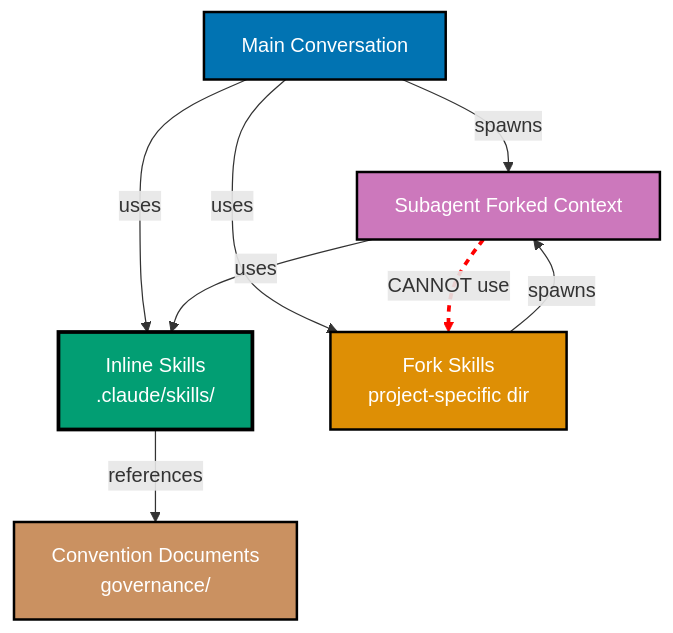
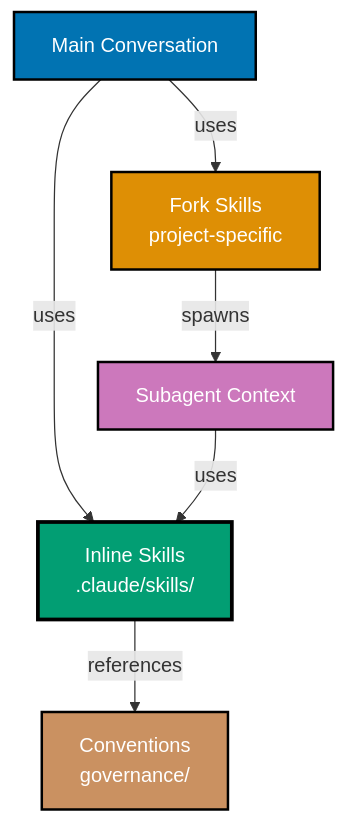
The diagram in governance/development/agents/skill-context-architecture.md (wahidyankf/ose-primer), drawn with Mermaid before and after one commit. The commit also changed other lines of this file and 534 other files, not shown here.

First line of the commit message:
feat(governance): add no-date-metadata convention and strip all manual dates

````diff
--- a/governance/development/agents/skill-context-architecture.md
+++ b/governance/development/agents/skill-context-architecture.md
@@ -230,24 +228,21 @@
 ```mermaid
 graph TD
     MC[Main Conversation]
-    SA[Subagent Forked Context]
     IS[Inline Skills<br/>.claude/skills/]
-    FS[Fork Skills<br/>project-specific dir]
-    CONV[Convention Documents<br/>governance/]
+    FS[Fork Skills<br/>project-specific]
+    CONV[Conventions<br/>governance/]
+    SA[Subagent Context]
 
-    MC -->|spawns| SA
-    MC -->|uses| IS
-    MC -->|uses| FS
-    SA -->|uses| IS
-    SA -->|CANNOT use| FS
-    IS -->|references| CONV
-    FS -->|spawns| SA
+    MC -- uses --> IS
+    MC -- uses --> FS
+    FS -- spawns --> SA
+    IS -- references --> CONV
+    SA -- uses --> IS
+    %% SA cannot use FS (architectural constraint: subagents cannot spawn subagents)
 
     style MC fill:#0173B2,stroke:#000000,color:#FFFFFF,stroke-width:2px
     style SA fill:#CC78BC,stroke:#000000,color:#FFFFFF,stroke-width:2px
     style IS fill:#029E73,stroke:#000000,color:#FFFFFF,stroke-width:3px
     style FS fill:#DE8F05,stroke:#000000,color:#FFFFFF,stroke-width:2px
     style CONV fill:#CA9161,stroke:#000000,color:#FFFFFF,stroke-width:2px
-
-    linkStyle 4 stroke:#FF0000,stroke-width:3px,stroke-dasharray:5
 ```
````
